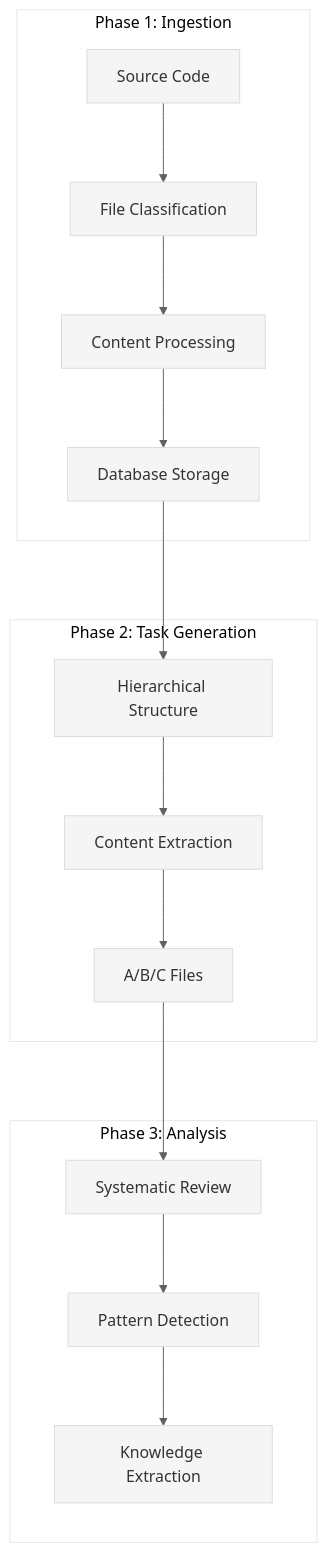
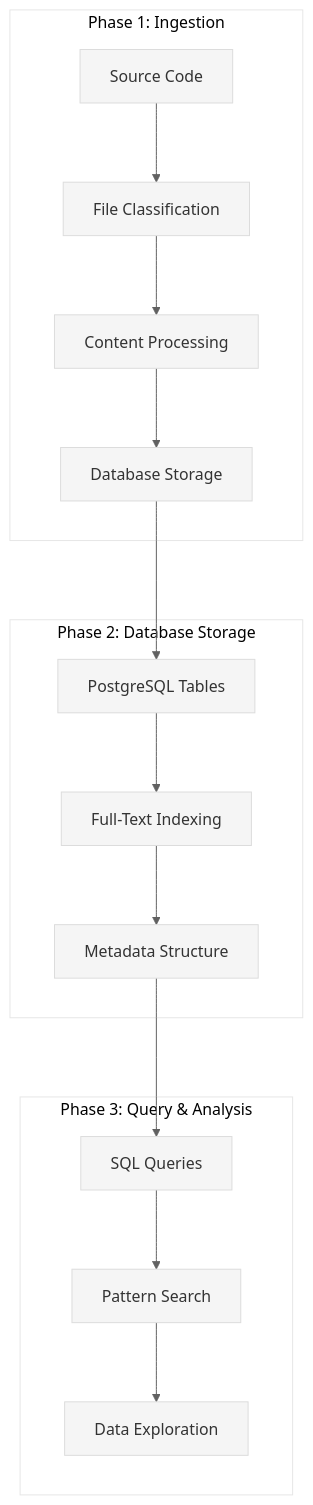
The second of 2 diagrams in READMELongForm20250929.md (that-in-rust/pensieve-local-llm-server), drawn with Mermaid before and after one commit. The commit also changed other lines of this file and 3 other files, not shown here.

````diff
--- a/READMELongForm20250929.md
+++ b/READMELongForm20250929.md
@@ -173,50 +174,50 @@
 ```mermaid
 %%{init: {
   "theme": "base",
   "themeVariables": {
     "primaryColor": "#F5F5F5",
     "secondaryColor": "#E0E0E0",
     "lineColor": "#616161",
     "textColor": "#212121",
     "fontSize": "16px",
     "fontFamily": "Helvetica, Arial, sans-serif"
   },
   "flowchart": {
     "nodeSpacing": 70,
     "rankSpacing": 80,
     "wrappingWidth": 160,
     "curve": "basis"
   },
   "useMaxWidth": false
 }}%%
 
 flowchart TD
     subgraph "Phase 1: Ingestion"
         A[Source Code]
         B[File Classification]
         C[Content Processing]
         D[Database Storage]
     end
     
-    subgraph "Phase 2: Task Generation"
-        E[Hierarchical Structure]
-        F[Content Extraction]
-        G[A/B/C Files]
+    subgraph "Phase 2: Database Storage"
+        E[PostgreSQL Tables]
+        F[Full-Text Indexing]
+        G[Metadata Structure]
     end
     
-    subgraph "Phase 3: Analysis"
-        H[Systematic Review]
-        I[Pattern Detection]
-        J[Knowledge Extraction]
+    subgraph "Phase 3: Query & Analysis"
+        H[SQL Queries]
+        I[Pattern Search]
+        J[Data Exploration]
     end
     
     A --> B
     B --> C
     C --> D
     D --> E
     E --> F
     F --> G
     G --> H
     H --> I
     I --> J
 ```
````
